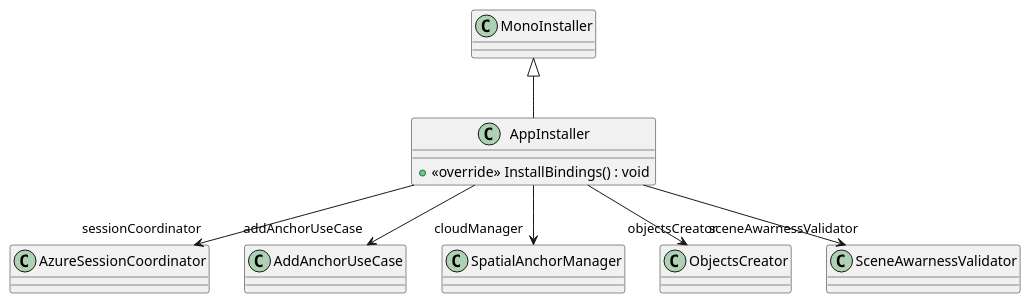
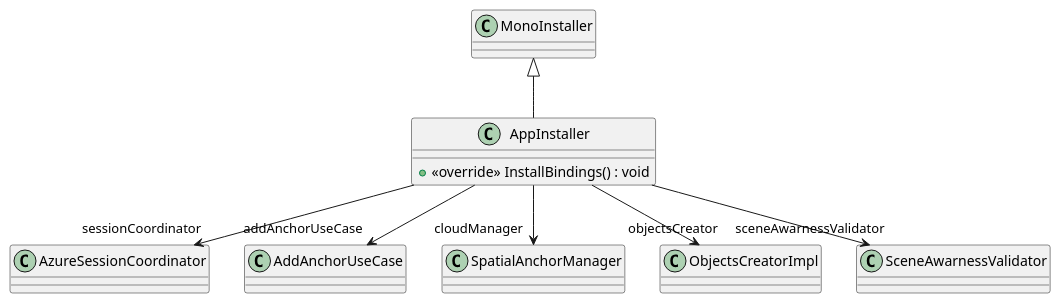
The diagram in UML/Assets/Scripts/AppInstaller.puml (DeNatur/ProductionFloorVisualization), drawn with PlantUML before and after one commit. The commit also changed 9 other files, not shown here.

Commit message:
Generate UML (Generate UML)

```diff
--- a/UML/Assets/Scripts/AppInstaller.puml
+++ b/UML/Assets/Scripts/AppInstaller.puml
@@ -1,11 +1,11 @@
 @startuml
 class AppInstaller {
     + <<override>> InstallBindings() : void
 }
 MonoInstaller <|-- AppInstaller
 AppInstaller --> "sessionCoordinator" AzureSessionCoordinator
 AppInstaller --> "addAnchorUseCase" AddAnchorUseCase
 AppInstaller --> "cloudManager" SpatialAnchorManager
-AppInstaller --> "objectsCreator" ObjectsCreator
+AppInstaller --> "objectsCreator" ObjectsCreatorImpl
 AppInstaller --> "sceneAwarnessValidator" SceneAwarnessValidator
 @enduml
```
